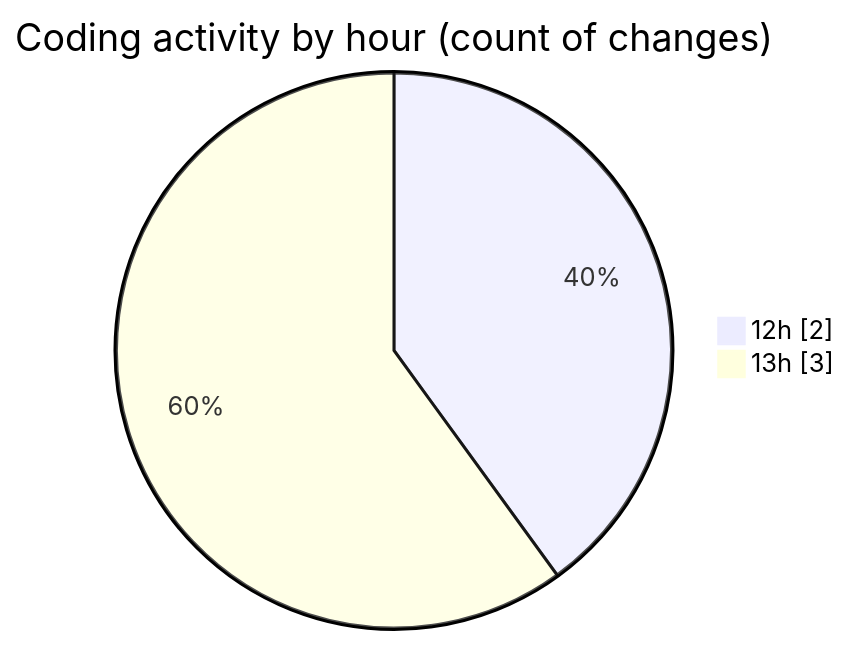
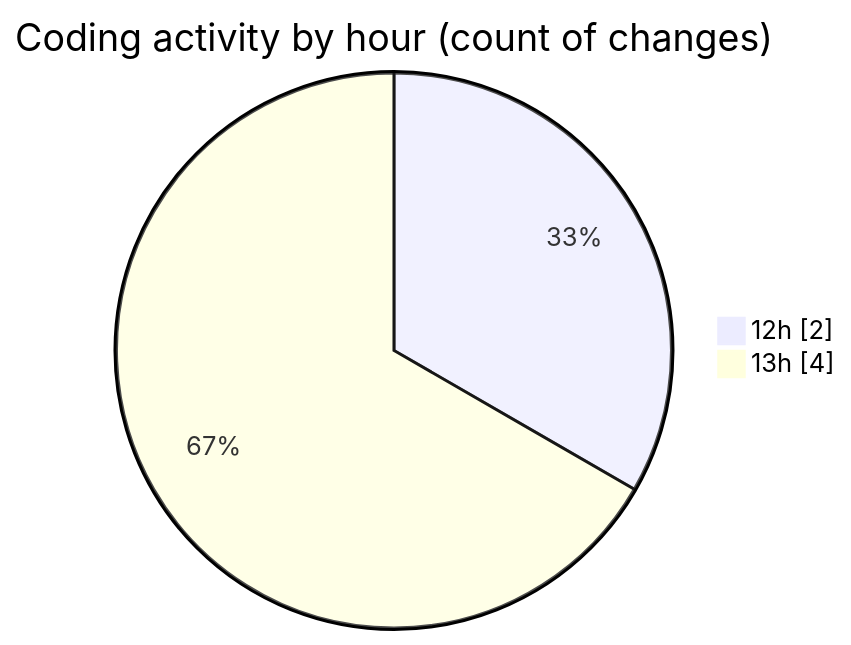
One commit to EIIisD/code-tracking changed the second of 2 diagrams in 2025-07-12/fish/README.md. Above: the diagram before and after it, drawn with Mermaid. The commit also changed other lines of this file and 1 other file, not shown here.

````diff
--- a/2025-07-12/fish/README.md
+++ b/2025-07-12/fish/README.md
@@ -29,6 +29,6 @@
 ```mermaid
 pie showData
 title Coding activity by hour (count of changes)
 "12h" : 2
-"13h" : 3
+"13h" : 4
 ```
````
